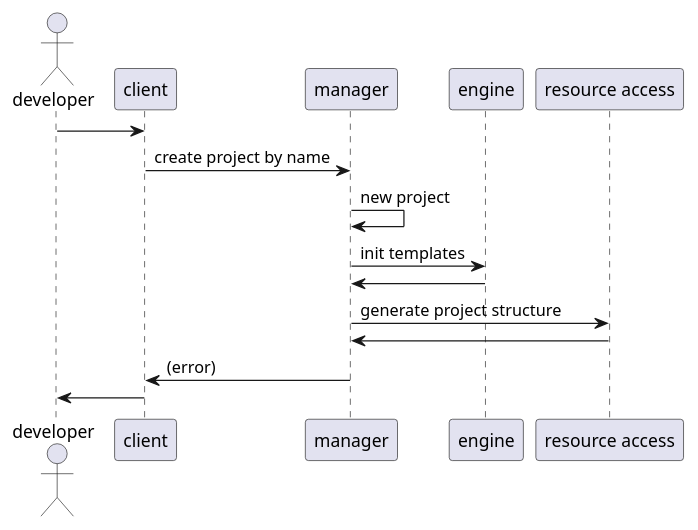
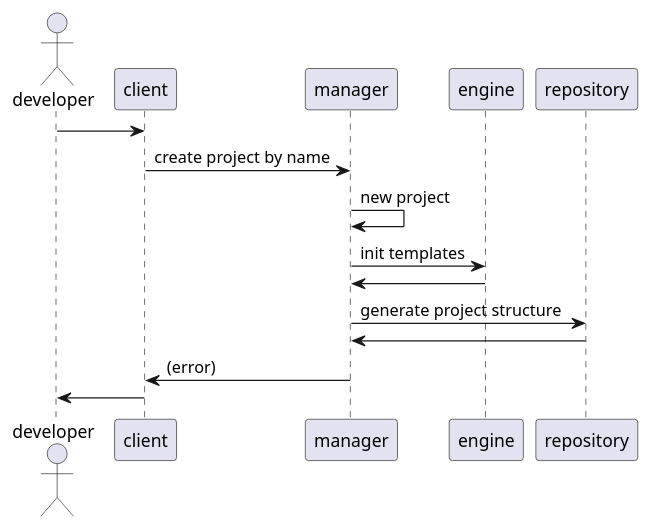
One commit to andygeiss/method2go changed the diagram in createProject.plantuml. Above: the diagram before and after it, drawn with PlantUML. The commit also changed 8 other files, not shown here.

```diff
--- a/createProject.plantuml
+++ b/createProject.plantuml
@@ -1,15 +1,15 @@
 @startuml createProject
 
 actor "developer"
 
 "developer" -> "client":
 "client" -> "manager": create project by name
 "manager" -> "manager": new project
 "manager" -> "engine": init templates
 "engine" -> "manager":
-"manager" -> "resource access": generate project structure
-"resource access" -> "manager":
+"manager" -> "repository": generate project structure
+"repository" -> "manager":
 "manager" -> "client": (error)
 "client" -> "developer":
 
 @enduml
```
